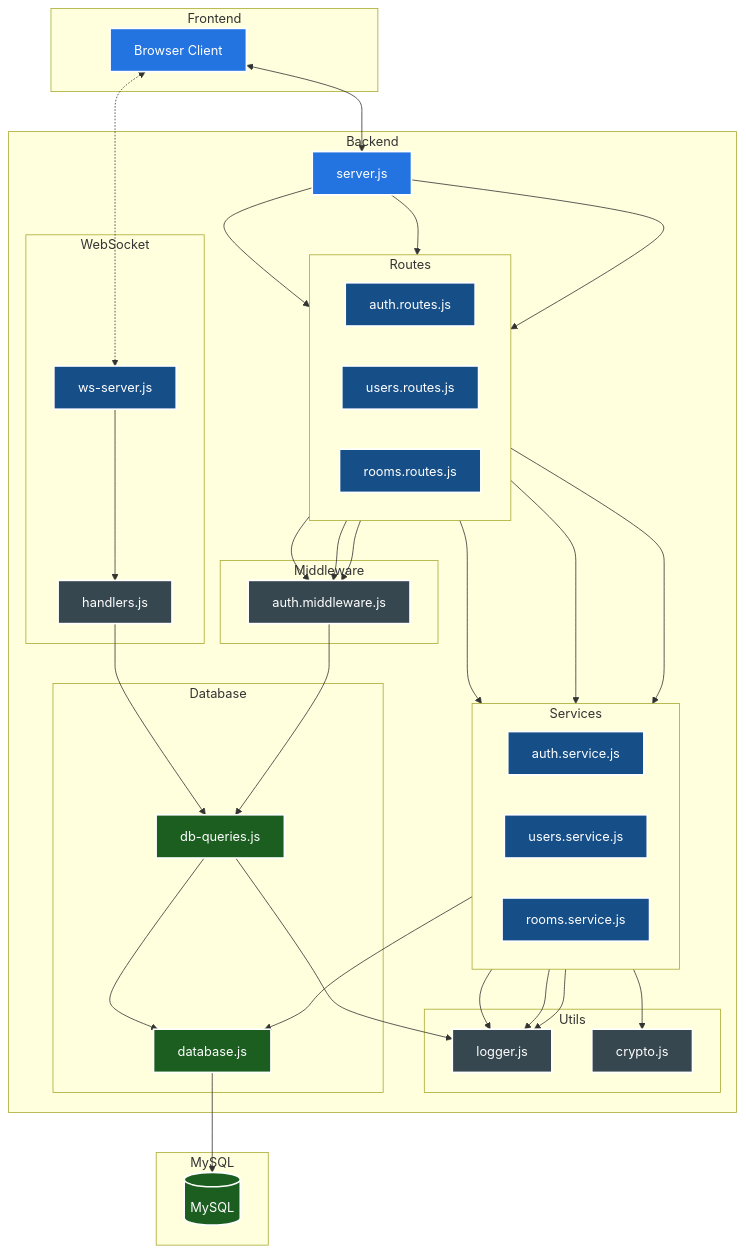
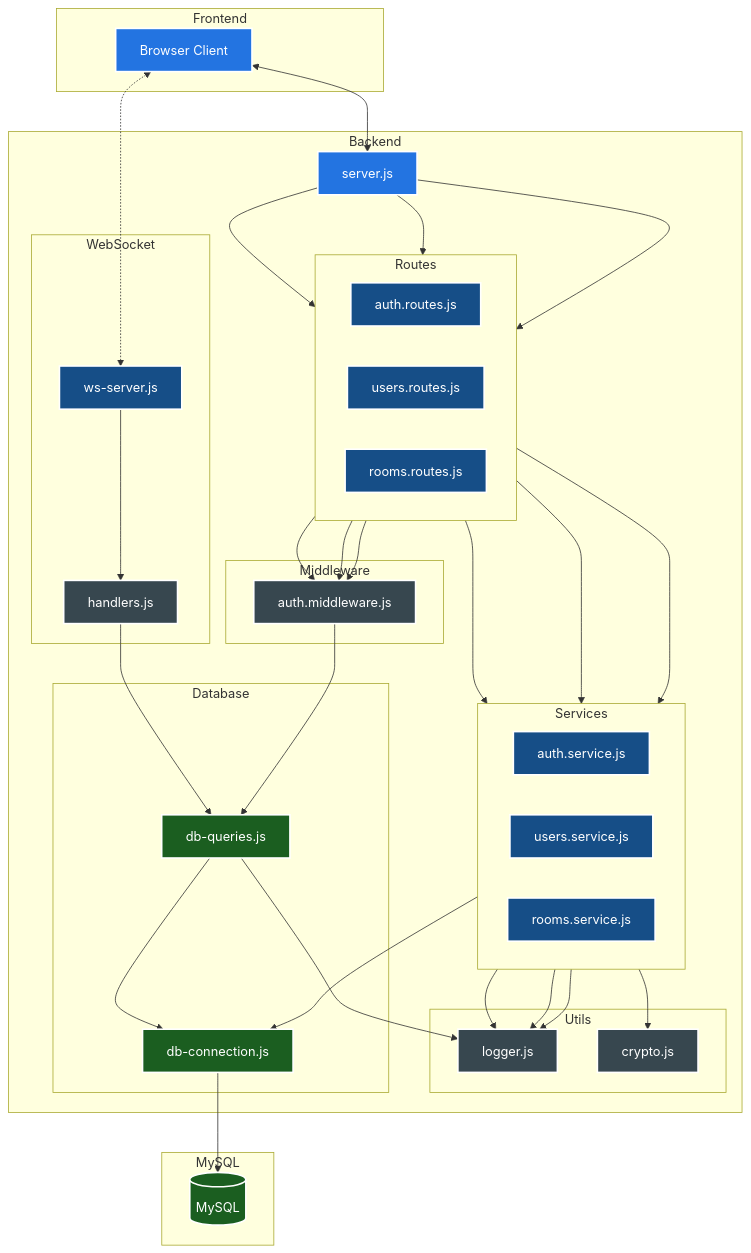
The diagram in README.md (uripont/mixabeat), drawn with Mermaid before and after one commit. The commit also changed other lines of this file and 8 other files, not shown here.

Commit message:
renamed "database.js" to "db-connection.js" because to avoid confusion

```diff
--- a/README.md
+++ b/README.md
@@ -34,7 +34,7 @@
         end
         
         subgraph Database
-            DBC[database.js]
+            DBC[db-connection.js]
             DBQ[db-queries.js]
         end
         
```
